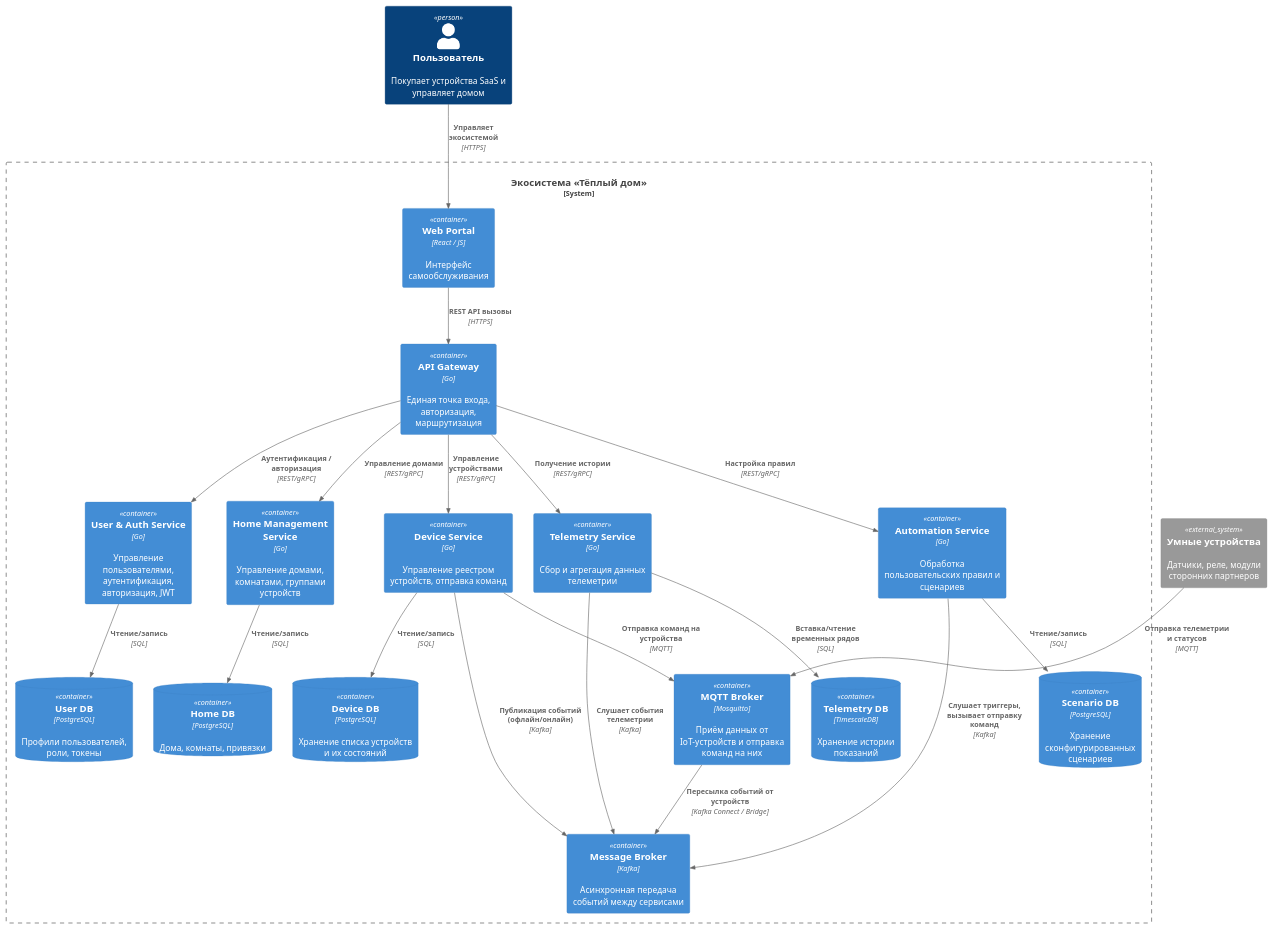
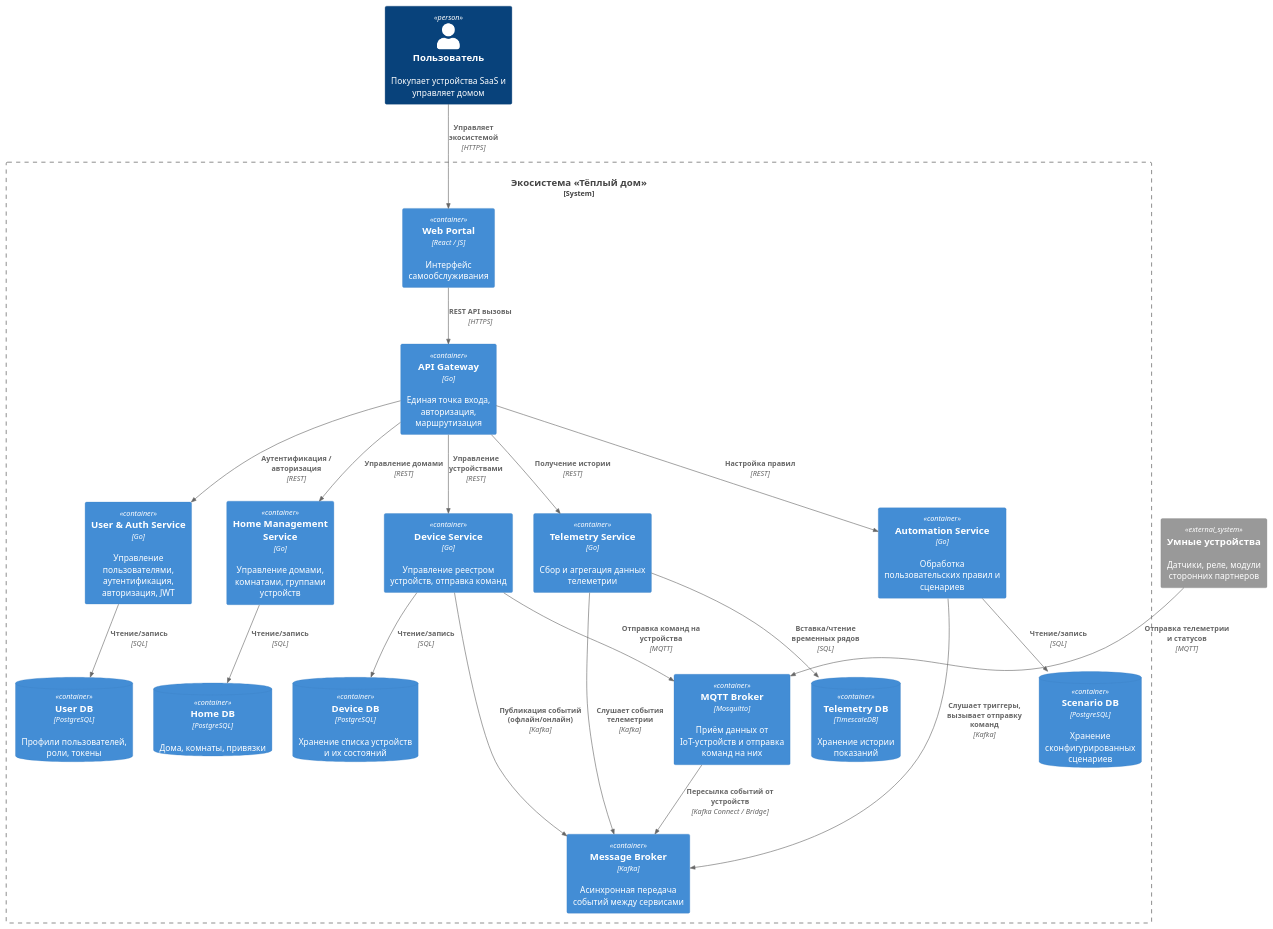
Before and after one commit to akrasnikov79/architecture-warmhouse: the third of 7 diagrams in README.md, drawn with PlantUML. The commit also changed other lines of this file, not shown here.

````diff
--- a/README.md
+++ b/README.md
@@ -85,54 +85,54 @@
 ```plantuml
 @startuml
 !include https://raw.githubusercontent.com/plantuml-stdlib/C4-PlantUML/master/C4_Container.puml
 
 Person(user, "Пользователь", "Покупает устройства SaaS и управляет домом")
 
 System_Boundary(ecosystem, "Экосистема «Тёплый дом»") {
     Container(web_app, "Web Portal", "React / JS", "Интерфейс самообслуживания")
     Container(api_gateway, "API Gateway", "Go", "Единая точка входа, авторизация, маршрутизация")
 
     Container(user_service, "User & Auth Service", "Go", "Управление пользователями, аутентификация, авторизация, JWT")
     ContainerDb(user_db, "User DB", "PostgreSQL", "Профили пользователей, роли, токены")
 
     Container(home_service, "Home Management Service", "Go", "Управление домами, комнатами, группами устройств")
     ContainerDb(home_db, "Home DB", "PostgreSQL", "Дома, комнаты, привязки")
 
     Container(device_service, "Device Service", "Go", "Управление реестром устройств, отправка команд")
     ContainerDb(device_db, "Device DB", "PostgreSQL", "Хранение списка устройств и их состояний")
 
     Container(telemetry_service, "Telemetry Service", "Go", "Сбор и агрегация данных телеметрии")
     ContainerDb(telemetry_db, "Telemetry DB", "TimescaleDB", "Хранение истории показаний")
 
     Container(scenario_service, "Automation Service", "Go", "Обработка пользовательских правил и сценариев")
     ContainerDb(scenario_db, "Scenario DB", "PostgreSQL", "Хранение сконфигурированных сценариев")
 
     Container(mqtt_broker, "MQTT Broker", "Mosquitto", "Приём данных от IoT-устройств и отправка команд на них")
     Container(message_broker, "Message Broker", "Kafka", "Асинхронная передача событий между сервисами")
 }
 
 System_Ext(devices, "Умные устройства", "Датчики, реле, модули сторонних партнеров")
 
 Rel(user, web_app, "Управляет экосистемой", "HTTPS")
 Rel(web_app, api_gateway, "REST API вызовы", "HTTPS")
 
-Rel(api_gateway, user_service, "Аутентификация / авторизация", "REST/gRPC")
-Rel(api_gateway, home_service, "Управление домами", "REST/gRPC")
-Rel(api_gateway, device_service, "Управление устройствами", "REST/gRPC")
-Rel(api_gateway, telemetry_service, "Получение истории", "REST/gRPC")
-Rel(api_gateway, scenario_service, "Настройка правил", "REST/gRPC")
+Rel(api_gateway, user_service, "Аутентификация / авторизация", "REST")
+Rel(api_gateway, home_service, "Управление домами", "REST")
+Rel(api_gateway, device_service, "Управление устройствами", "REST")
+Rel(api_gateway, telemetry_service, "Получение истории", "REST")
+Rel(api_gateway, scenario_service, "Настройка правил", "REST")
 
 Rel(user_service, user_db, "Чтение/запись", "SQL")
 Rel(home_service, home_db, "Чтение/запись", "SQL")
 Rel(device_service, device_db, "Чтение/запись", "SQL")
 Rel(telemetry_service, telemetry_db, "Вставка/чтение временных рядов", "SQL")
 Rel(scenario_service, scenario_db, "Чтение/запись", "SQL")
 
 Rel(devices, mqtt_broker, "Отправка телеметрии и статусов", "MQTT")
 Rel(device_service, mqtt_broker, "Отправка команд на устройства", "MQTT")
 Rel(mqtt_broker, message_broker, "Пересылка событий от устройств", "Kafka Connect / Bridge")
 Rel(device_service, message_broker, "Публикация событий (офлайн/онлайн)", "Kafka")
 Rel(telemetry_service, message_broker, "Слушает события телеметрии", "Kafka")
 Rel(scenario_service, message_broker, "Слушает триггеры, вызывает отправку команд", "Kafka")
 @enduml
 ```
````
